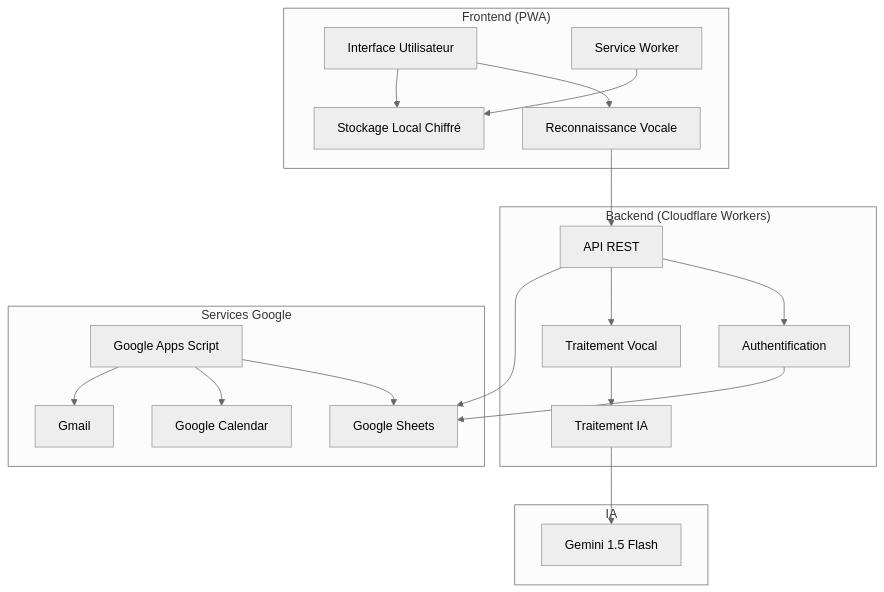
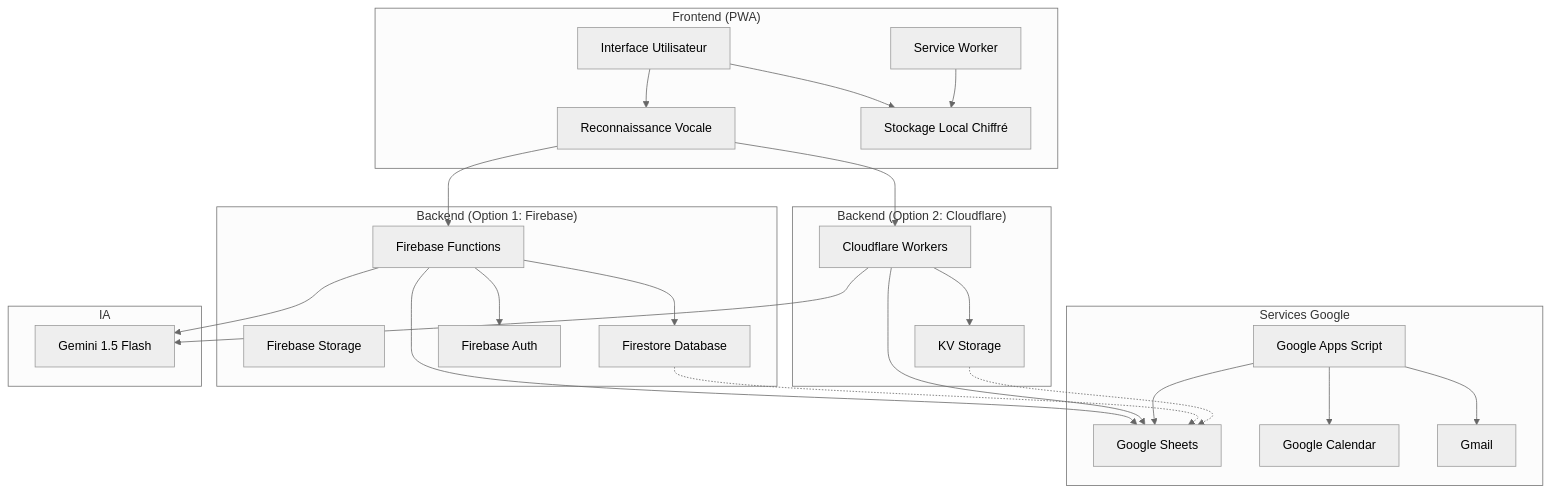
The first of 8 diagrams in ARCHITECTURE.md (DualsFWShield/The-perfect-assistant), drawn with Mermaid (neutral theme) before and after one commit. The commit also changed other lines of this file and 1 other file, not shown here.

````diff
--- a/ARCHITECTURE.md
+++ b/ARCHITECTURE.md
@@ -5,44 +5,54 @@
 ```mermaid
 graph TB
     subgraph "Frontend (PWA)"
         UI[Interface Utilisateur]
         VR[Reconnaissance Vocale]
         LC[Stockage Local Chiffré]
         SW[Service Worker]
     end
     
-    subgraph "Backend (Cloudflare Workers)"
-        API[API REST]
-        Auth[Authentification]
-        VoiceP[Traitement Vocal]
-        AIProc[Traitement IA]
+    subgraph "Backend (Option 1: Firebase)"
+        FBF[Firebase Functions]
+        FBS[Firebase Storage]
+        FBDB[Firestore Database]
+        FBAuth[Firebase Auth]
+    end
+    
+    subgraph "Backend (Option 2: Cloudflare)"
+        CFW[Cloudflare Workers]
+        CFKV[KV Storage]
     end
     
     subgraph "Services Google"
         GSheets[Google Sheets]
         GCalendar[Google Calendar]
         GMail[Gmail]
         GAppsScript[Google Apps Script]
     end
     
     subgraph "IA"
         Gemini[Gemini 1.5 Flash]
     end
     
     UI --> VR
-    VR --> API
+    VR --> FBF
+    VR --> CFW
     UI --> LC
     SW --> LC
     
-    API --> Auth
-    API --> VoiceP
-    VoiceP --> AIProc
-    AIProc --> Gemini
+    FBF --> FBAuth
+    FBF --> FBDB
+    FBF --> Gemini
     
-    Auth --> GSheets
+    CFW --> CFKV
+    CFW --> Gemini
+    
+    FBF --> GSheets
+    CFW --> GSheets
     GAppsScript --> GSheets
     GAppsScript --> GCalendar
     GAppsScript --> GMail
     
-    API --> GSheets
+    FBDB -.-> GSheets
+    CFKV -.-> GSheets
 ```
````
